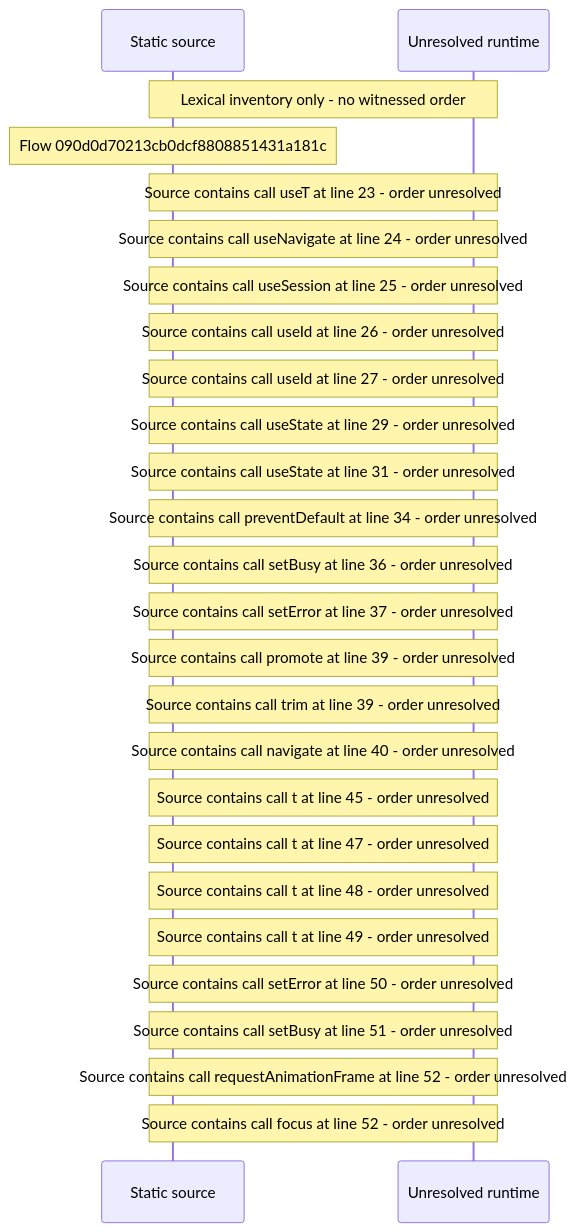
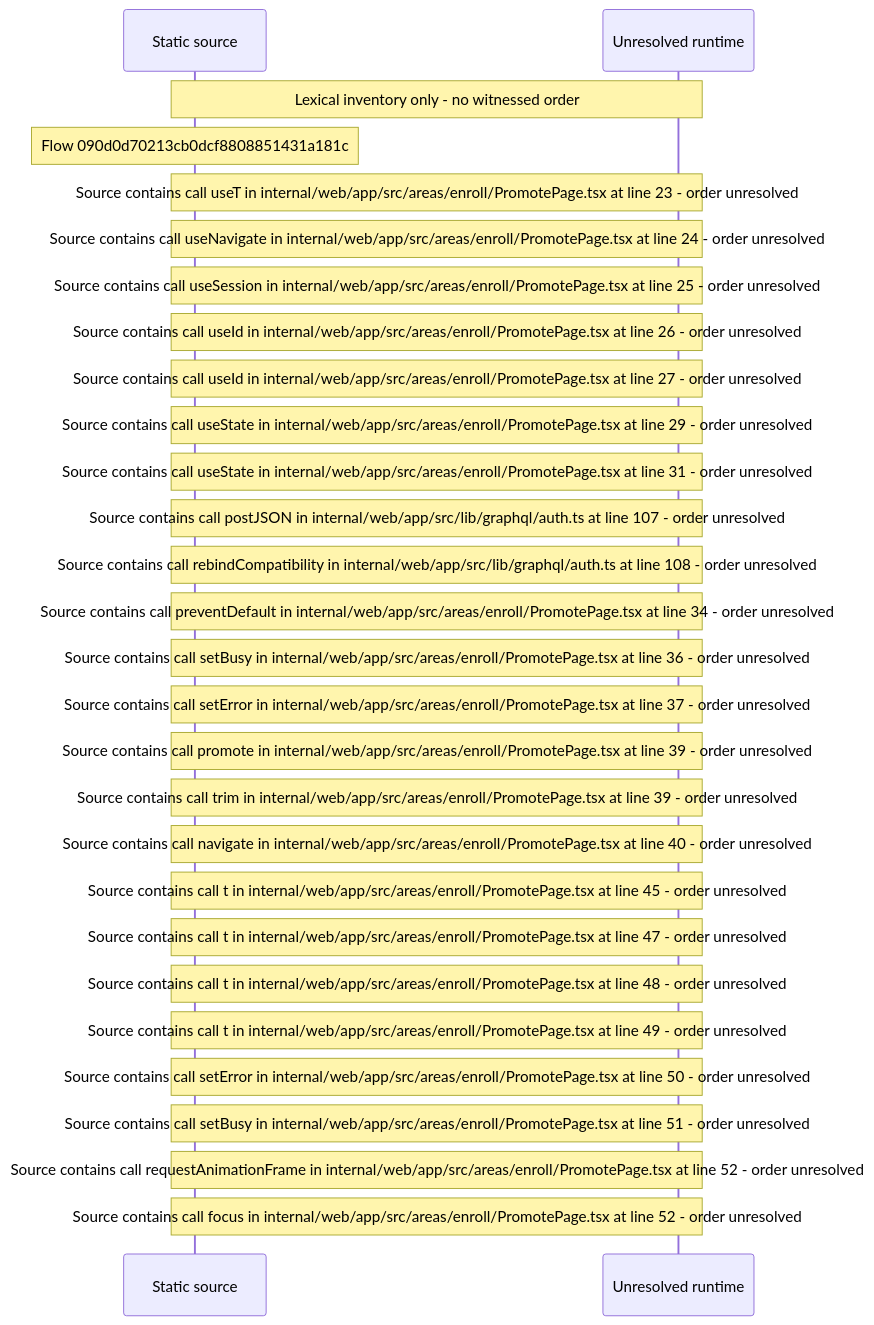
The diagram in docs/web/flows/generated/090d0d70213cb0dcf8808851431a181c/flow-diagram.md (beamfall/core), drawn with Mermaid before and after one commit. The commit also changed other lines of this file and 699 other files, not shown here.

Commit message:
Regenerate the web flow record with flow generator version 5

````diff
--- a/docs/web/flows/generated/090d0d70213cb0dcf8808851431a181c/flow-diagram.md
+++ b/docs/web/flows/generated/090d0d70213cb0dcf8808851431a181c/flow-diagram.md
@@ -10,28 +10,30 @@
 ```mermaid
 sequenceDiagram
     participant S as Static source
     participant U as Unresolved runtime
     Note over S,U: Lexical inventory only - no witnessed order
     Note over S: Flow 090d0d70213cb0dcf8808851431a181c
-    Note over S,U: Source contains call useT at line 23 - order unresolved
-    Note over S,U: Source contains call useNavigate at line 24 - order unresolved
-    Note over S,U: Source contains call useSession at line 25 - order unresolved
-    Note over S,U: Source contains call useId at line 26 - order unresolved
-    Note over S,U: Source contains call useId at line 27 - order unresolved
-    Note over S,U: Source contains call useState at line 29 - order unresolved
-    Note over S,U: Source contains call useState at line 31 - order unresolved
-    Note over S,U: Source contains call preventDefault at line 34 - order unresolved
-    Note over S,U: Source contains call setBusy at line 36 - order unresolved
-    Note over S,U: Source contains call setError at line 37 - order unresolved
-    Note over S,U: Source contains call promote at line 39 - order unresolved
-    Note over S,U: Source contains call trim at line 39 - order unresolved
-    Note over S,U: Source contains call navigate at line 40 - order unresolved
-    Note over S,U: Source contains call t at line 45 - order unresolved
-    Note over S,U: Source contains call t at line 47 - order unresolved
-    Note over S,U: Source contains call t at line 48 - order unresolved
-    Note over S,U: Source contains call t at line 49 - order unresolved
-    Note over S,U: Source contains call setError at line 50 - order unresolved
-    Note over S,U: Source contains call setBusy at line 51 - order unresolved
-    Note over S,U: Source contains call requestAnimationFrame at line 52 - order unresolved
-    Note over S,U: Source contains call focus at line 52 - order unresolved
+    Note over S,U: Source contains call useT in internal/web/app/src/areas/enroll/PromotePage.tsx at line 23 - order unresolved
+    Note over S,U: Source contains call useNavigate in internal/web/app/src/areas/enroll/PromotePage.tsx at line 24 - order unresolved
+    Note over S,U: Source contains call useSession in internal/web/app/src/areas/enroll/PromotePage.tsx at line 25 - order unresolved
+    Note over S,U: Source contains call useId in internal/web/app/src/areas/enroll/PromotePage.tsx at line 26 - order unresolved
+    Note over S,U: Source contains call useId in internal/web/app/src/areas/enroll/PromotePage.tsx at line 27 - order unresolved
+    Note over S,U: Source contains call useState in internal/web/app/src/areas/enroll/PromotePage.tsx at line 29 - order unresolved
+    Note over S,U: Source contains call useState in internal/web/app/src/areas/enroll/PromotePage.tsx at line 31 - order unresolved
+    Note over S,U: Source contains call postJSON in internal/web/app/src/lib/graphql/auth.ts at line 107 - order unresolved
+    Note over S,U: Source contains call rebindCompatibility in internal/web/app/src/lib/graphql/auth.ts at line 108 - order unresolved
+    Note over S,U: Source contains call preventDefault in internal/web/app/src/areas/enroll/PromotePage.tsx at line 34 - order unresolved
+    Note over S,U: Source contains call setBusy in internal/web/app/src/areas/enroll/PromotePage.tsx at line 36 - order unresolved
+    Note over S,U: Source contains call setError in internal/web/app/src/areas/enroll/PromotePage.tsx at line 37 - order unresolved
+    Note over S,U: Source contains call promote in internal/web/app/src/areas/enroll/PromotePage.tsx at line 39 - order unresolved
+    Note over S,U: Source contains call trim in internal/web/app/src/areas/enroll/PromotePage.tsx at line 39 - order unresolved
+    Note over S,U: Source contains call navigate in internal/web/app/src/areas/enroll/PromotePage.tsx at line 40 - order unresolved
+    Note over S,U: Source contains call t in internal/web/app/src/areas/enroll/PromotePage.tsx at line 45 - order unresolved
+    Note over S,U: Source contains call t in internal/web/app/src/areas/enroll/PromotePage.tsx at line 47 - order unresolved
+    Note over S,U: Source contains call t in internal/web/app/src/areas/enroll/PromotePage.tsx at line 48 - order unresolved
+    Note over S,U: Source contains call t in internal/web/app/src/areas/enroll/PromotePage.tsx at line 49 - order unresolved
+    Note over S,U: Source contains call setError in internal/web/app/src/areas/enroll/PromotePage.tsx at line 50 - order unresolved
+    Note over S,U: Source contains call setBusy in internal/web/app/src/areas/enroll/PromotePage.tsx at line 51 - order unresolved
+    Note over S,U: Source contains call requestAnimationFrame in internal/web/app/src/areas/enroll/PromotePage.tsx at line 52 - order unresolved
+    Note over S,U: Source contains call focus in internal/web/app/src/areas/enroll/PromotePage.tsx at line 52 - order unresolved
 ```
````
